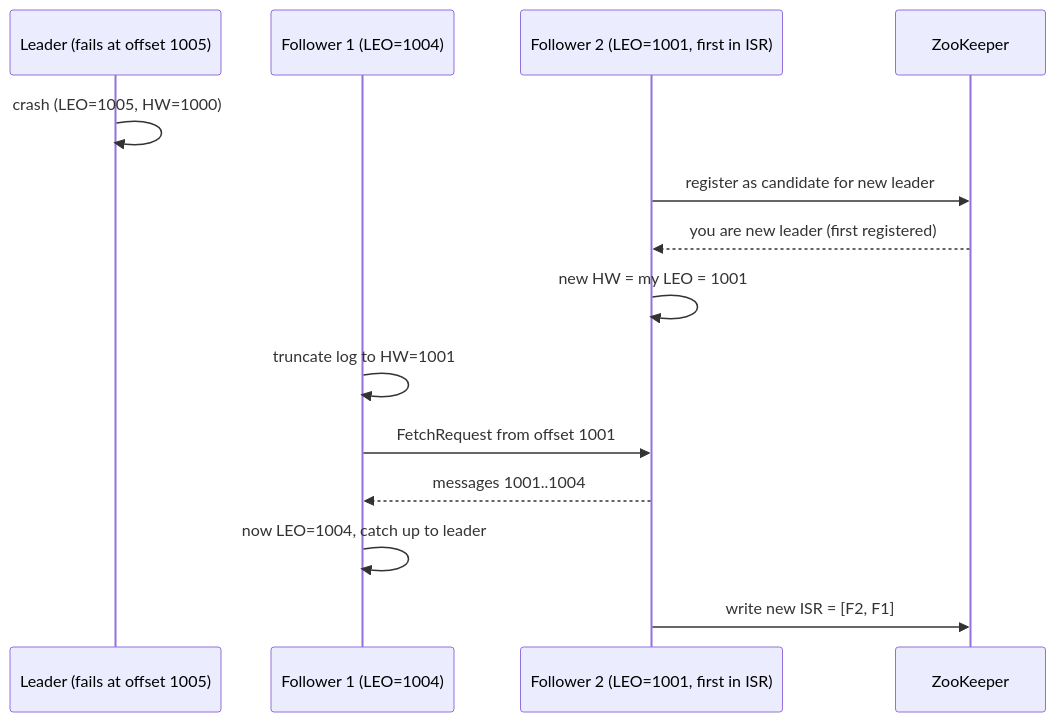
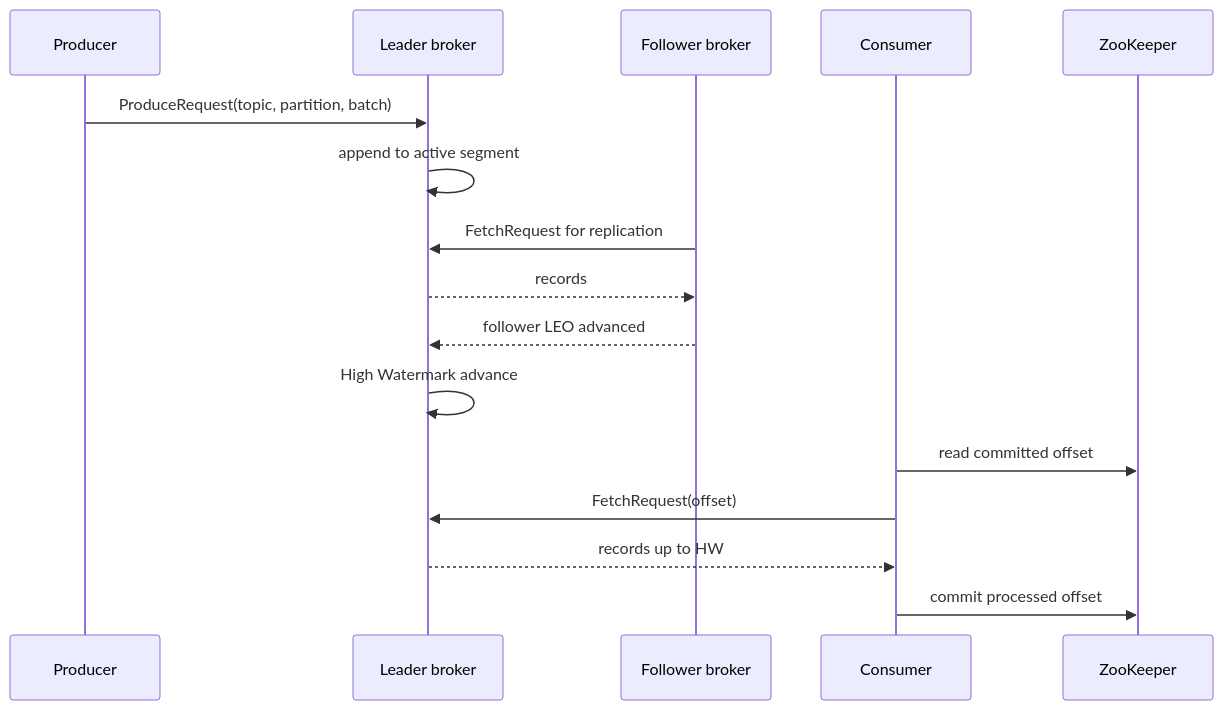
The third of 3 diagrams in content/docs/books/kafka/learning-apache-kafka.md (choisimo/document), drawn with Mermaid before and after one commit. The commit also changed other lines of this file and 432 other files, not shown here.

````diff
--- a/content/docs/books/kafka/learning-apache-kafka.md
+++ b/content/docs/books/kafka/learning-apache-kafka.md
@@ -248,18 +100,19 @@
 ```mermaid
 sequenceDiagram
-    participant L as Leader (fails at offset 1005)
-    participant F1 as Follower 1 (LEO=1004)
-    participant F2 as Follower 2 (LEO=1001, first in ISR)
+    participant P as Producer
+    participant B as Leader broker
+    participant F as Follower broker
+    participant C as Consumer
     participant ZK as ZooKeeper
 
-    L->>L: crash (LEO=1005, HW=1000)
-    F2->>ZK: register as candidate for new leader
-    ZK-->>F2: you are new leader (first registered)
-    F2->>F2: new HW = my LEO = 1001
-    
-    F1->>F1: truncate log to HW=1001
-    F1->>F2: FetchRequest from offset 1001
-    F2-->>F1: messages 1001..1004
-    F1->>F1: now LEO=1004, catch up to leader
-    F2->>ZK: write new ISR = [F2, F1]
+    P->>B: ProduceRequest(topic, partition, batch)
+    B->>B: append to active segment
+    F->>B: FetchRequest for replication
+    B-->>F: records
+    F-->>B: follower LEO advanced
+    B->>B: High Watermark advance
+    C->>ZK: read committed offset
+    C->>B: FetchRequest(offset)
+    B-->>C: records up to HW
+    C->>ZK: commit processed offset
 ```
````
